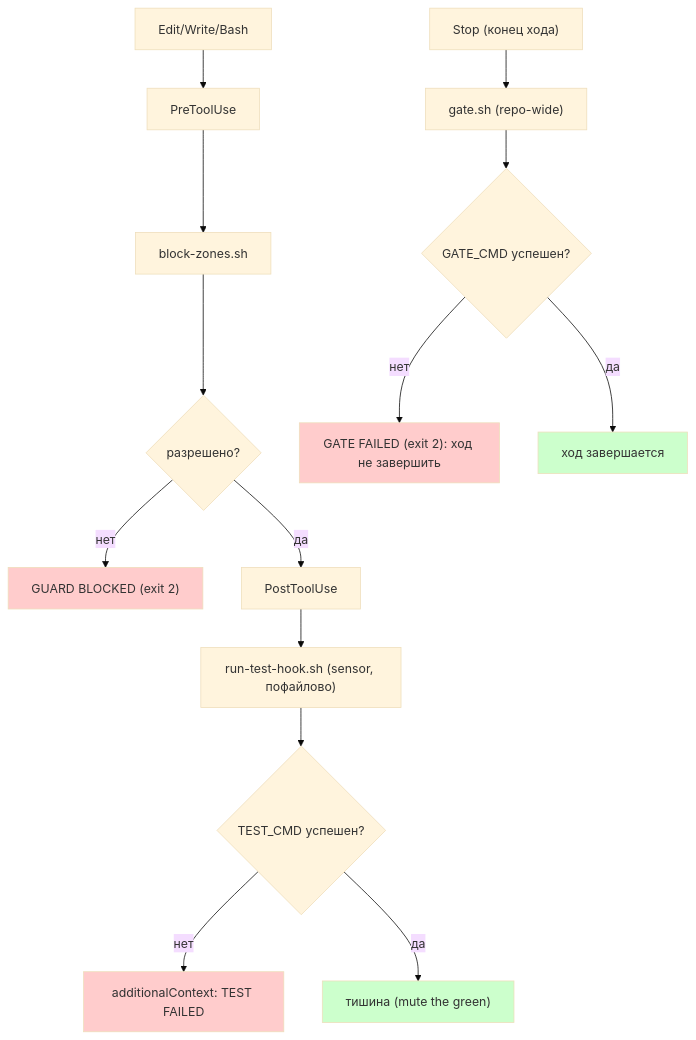
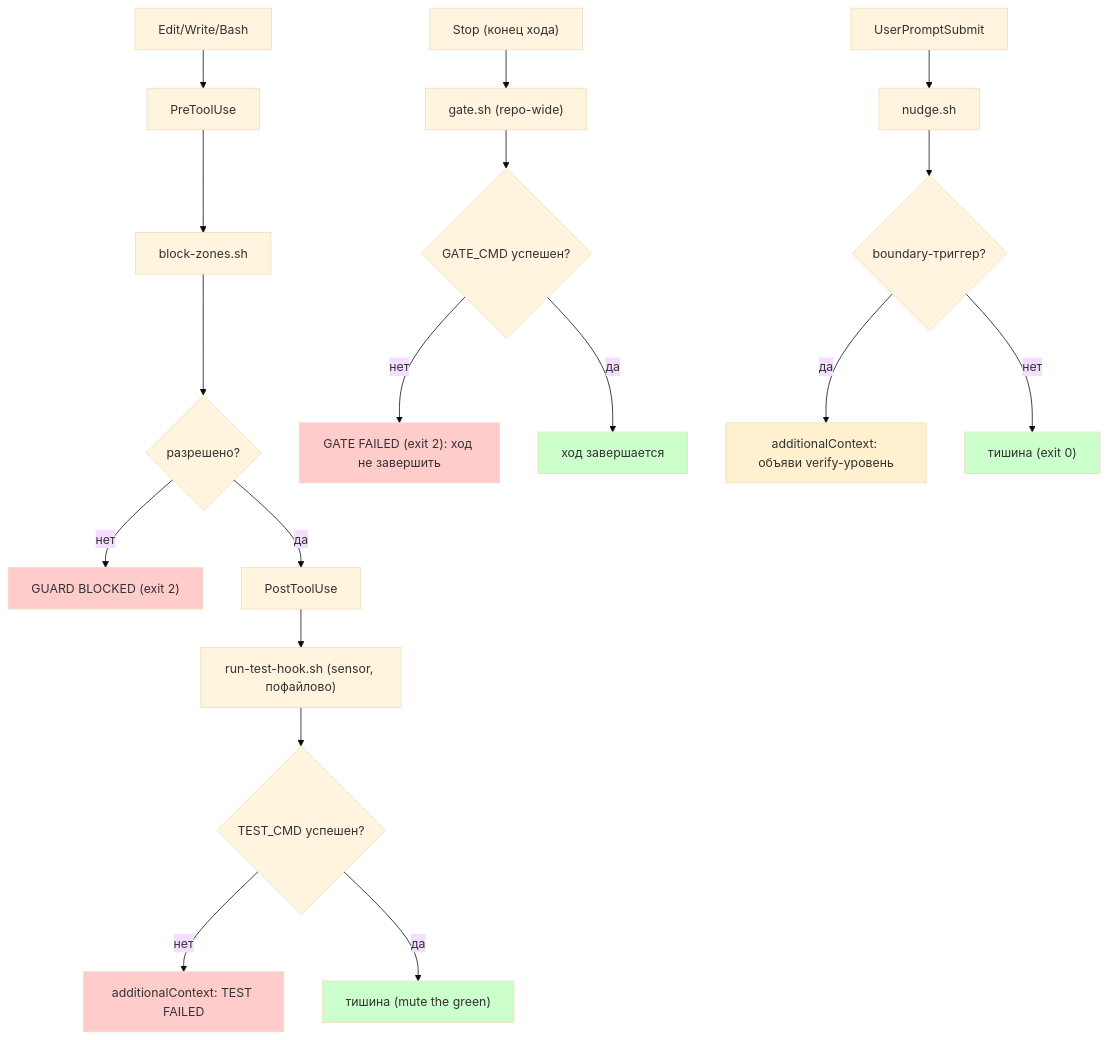
One commit to shumik323/harness-engineering changed the second of 3 diagrams in README.md. Above: the diagram before and after it, drawn with Mermaid (base theme). The commit also changed other lines of this file and 5 other files, not shown here.

Commit message:
feat: UserPromptSubmit nudge (boundary→verify) + drop VERSION (tags = single source); ADR-5 superseded

````diff
--- a/README.md
+++ b/README.md
@@ -168,21 +168,27 @@
 ```mermaid
 flowchart TD
     A["Edit/Write/Bash"] --> B["PreToolUse"]
     B --> C["block-zones.sh"]
     C --> D{разрешено?}
     D -->|нет| E["GUARD BLOCKED (exit 2)"]
     D -->|да| F["PostToolUse"]
     F --> G["run-test-hook.sh (sensor, пофайлово)"]
     G --> H{TEST_CMD успешен?}
     H -->|нет| I["additionalContext: TEST FAILED"]
     H -->|да| J["тишина (mute the green)"]
     K["Stop (конец хода)"] --> L["gate.sh (repo-wide)"]
     L --> M{GATE_CMD успешен?}
     M -->|нет| N["GATE FAILED (exit 2): ход не завершить"]
     M -->|да| O["ход завершается"]
+    P["UserPromptSubmit"] --> Q["nudge.sh"]
+    Q --> R{boundary-триггер?}
+    R -->|да| S["additionalContext: объяви verify-уровень"]
+    R -->|нет| T["тишина (exit 0)"]
     style E fill:#ffcccc
     style I fill:#ffcccc
     style J fill:#ccffcc
     style N fill:#ffcccc
     style O fill:#ccffcc
+    style S fill:#fff0d0
+    style T fill:#ccffcc
 ```
````
